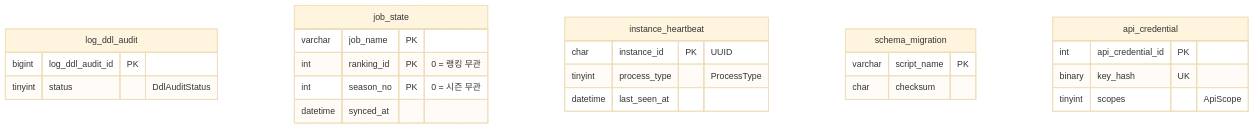
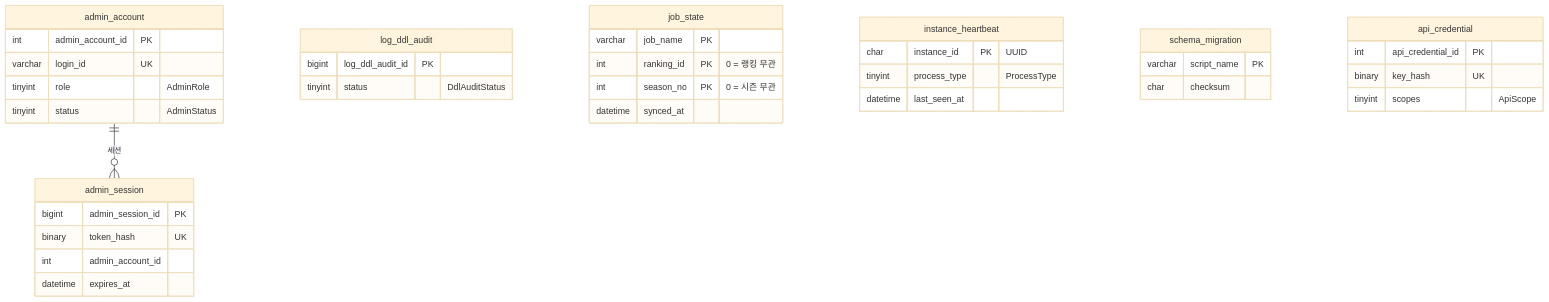
One commit to trisakion0500/podium-de changed the second of 6 diagrams in docs/04_SCHEMA.md. Above: the diagram before and after it, drawn with Mermaid (base theme). The commit also changed other lines of this file and 45 other files, not shown here.

````diff
--- a/docs/04_SCHEMA.md
+++ b/docs/04_SCHEMA.md
@@ -131,27 +134,41 @@
 ```mermaid
 erDiagram
+    admin_account ||--o{ admin_session : "세션"
+
     log_ddl_audit {
         bigint log_ddl_audit_id PK
         tinyint status "DdlAuditStatus"
     }
     job_state {
         varchar job_name PK
         int ranking_id PK "0 = 랭킹 무관"
         int season_no PK "0 = 시즌 무관"
         datetime synced_at
     }
     instance_heartbeat {
         char instance_id PK "UUID"
         tinyint process_type "ProcessType"
         datetime last_seen_at
     }
     schema_migration {
         varchar script_name PK
         char checksum
     }
     api_credential {
         int api_credential_id PK
         binary key_hash UK
         tinyint scopes "ApiScope"
     }
+    admin_account {
+        int admin_account_id PK
+        varchar login_id UK
+        tinyint role "AdminRole"
+        tinyint status "AdminStatus"
+    }
+    admin_session {
+        bigint admin_session_id PK
+        binary token_hash UK
+        int admin_account_id
+        datetime expires_at
+    }
 ```
````
